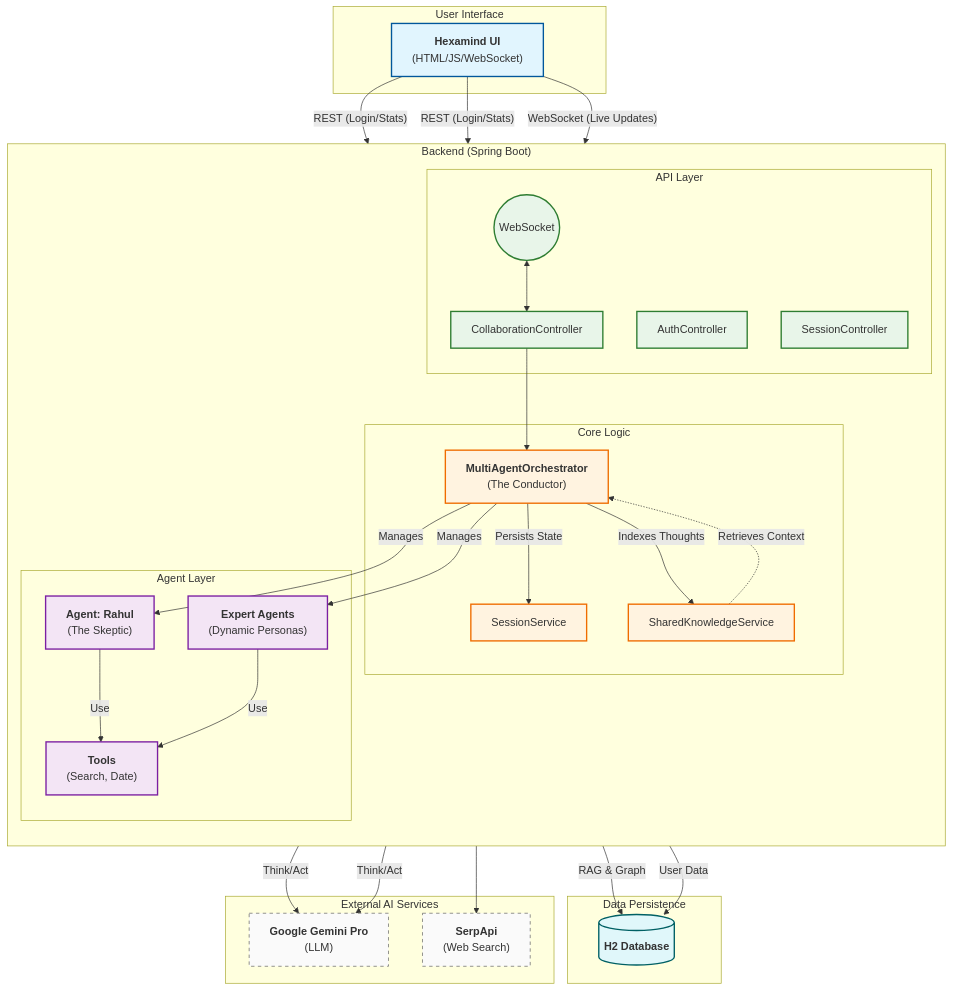
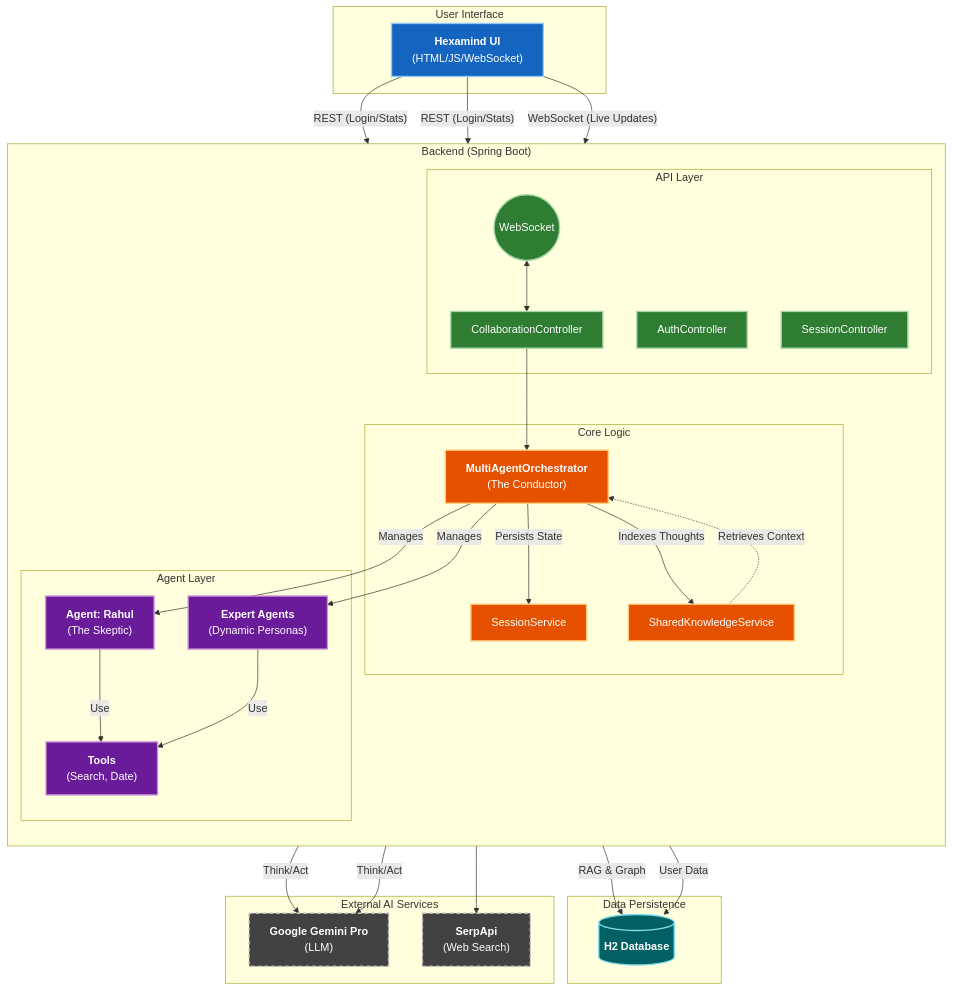
One commit to srijithunni7182/llm4j changed the diagram in hexamind-hub/README.md. Above: the diagram before and after it, drawn with Mermaid.

Commit message:
docs: improve architecture diagram visibility for dark mode

````diff
--- a/hexamind-hub/README.md
+++ b/hexamind-hub/README.md
@@ -190,67 +190,67 @@
 ```mermaid
 graph TD
     %% Styling
-    classDef frontend fill:#e1f5fe,stroke:#01579b,stroke-width:2px;
-    classDef api fill:#e8f5e9,stroke:#2e7d32,stroke-width:2px;
-    classDef core fill:#fff3e0,stroke:#ef6c00,stroke-width:2px;
-    classDef agent fill:#f3e5f5,stroke:#7b1fa2,stroke-width:2px;
-    classDef ext fill:#fafafa,stroke:#616161,stroke-width:1px,stroke-dasharray: 5 5;
-    classDef db fill:#e0f7fa,stroke:#006064,stroke-width:2px,shape:cylinder;
+    classDef frontend fill:#1565C0,stroke:#90CAF9,stroke-width:2px,color:white;
+    classDef api fill:#2E7D32,stroke:#A5D6A7,stroke-width:2px,color:white;
+    classDef core fill:#E65100,stroke:#FFCC80,stroke-width:2px,color:white;
+    classDef agent fill:#6A1B9A,stroke:#CE93D8,stroke-width:2px,color:white;
+    classDef ext fill:#424242,stroke:#BDBDBD,stroke-width:2px,stroke-dasharray: 5 5,color:white;
+    classDef db fill:#006064,stroke:#80DEEA,stroke-width:2px,shape:cylinder,color:white;
 
     subgraph User Interface
         UI["<strong>Hexamind UI</strong><br/>(HTML/JS/WebSocket)"]:::frontend
     end
 
     subgraph "Backend (Spring Boot)"
         direction TB
         
         subgraph "API Layer"
             AuthCtrl[AuthController]:::api
             SessCtrl[SessionController]:::api
             CollabCtrl[CollaborationController]:::api
             WSEndpoint((WebSocket)):::api
         end
 
         subgraph "Core Logic"
             Orchestrator["<strong>MultiAgentOrchestrator</strong><br/>(The Conductor)"]:::core
             SessService[SessionService]:::core
             KnowService[SharedKnowledgeService]:::core
         end
 
         subgraph "Agent Layer"
             Rahul["<strong>Agent: Rahul</strong><br/>(The Skeptic)"]:::agent
             Experts["<strong>Expert Agents</strong><br/>(Dynamic Personas)"]:::agent
             Tools["<strong>Tools</strong><br/>(Search, Date)"]:::agent
         end
     end
 
     subgraph "Data Persistence"
         H2[("<strong>H2 Database</strong>")]:::db
     end
 
     subgraph "External AI Services"
         Gemini["<strong>Google Gemini Pro</strong><br/>(LLM)"]:::ext
         SerpApi["<strong>SerpApi</strong><br/>(Web Search)"]:::ext
     end
 
     %% Connections
     UI -- "REST (Login/Stats)" --> AuthCtrl & SessCtrl
     UI -- "WebSocket (Live Updates)" --> WSEndpoint
     
     WSEndpoint <--> CollabCtrl
     CollabCtrl --> Orchestrator
 
     Orchestrator -- "Manages" --> Rahul & Experts
     Orchestrator -- "Persists State" --> SessService
     Orchestrator -- "Indexes Thoughts" --> KnowService
 
     Rahul & Experts -- "Think/Act" --> Gemini
     Rahul & Experts -- "Use" --> Tools
     Tools --> SerpApi
 
     KnowService -- "RAG & Graph" --> H2
     SessService -- "User Data" --> H2
 
     %% Knowledge Flow
     KnowService -. "Retrieves Context" .-> Orchestrator
 ```
````
